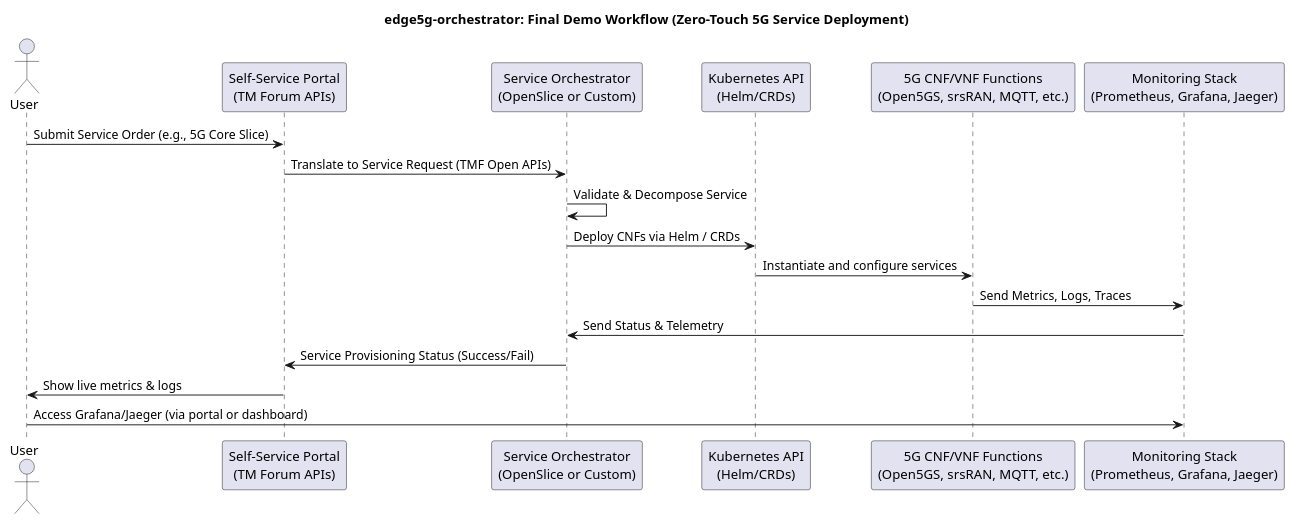
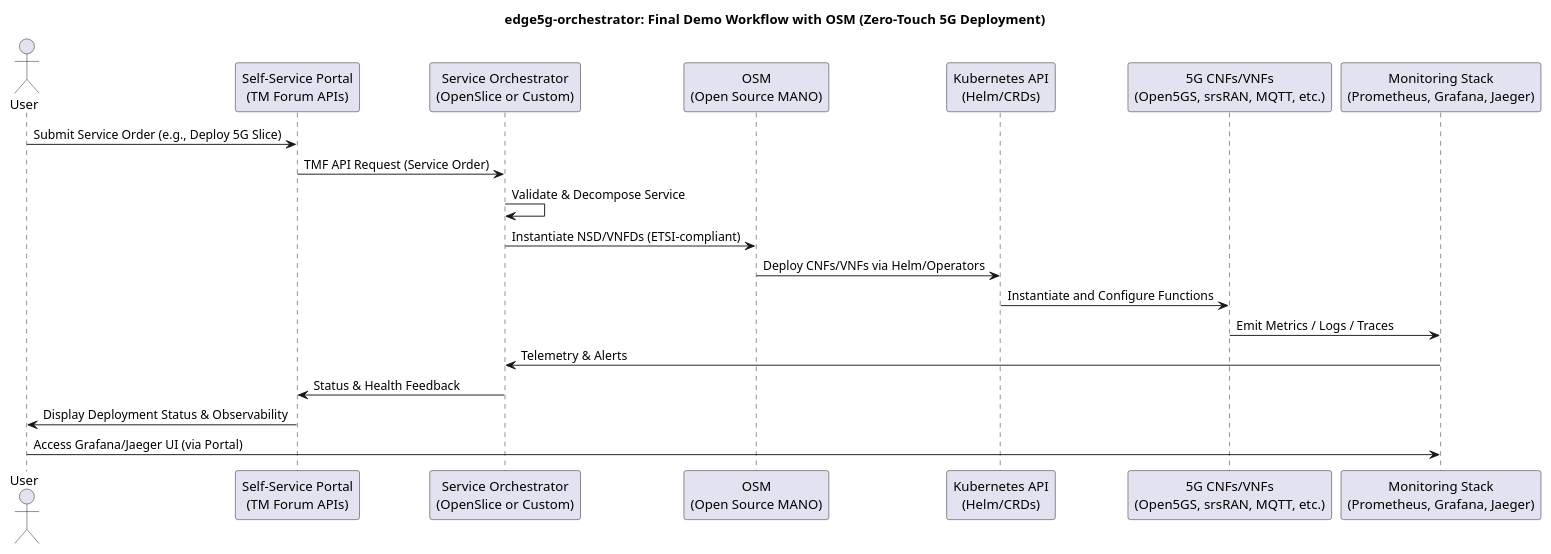
Before and after one commit to Siong23/edge5g-orchestrator: the diagram in demo/workflow.puml, drawn with PlantUML.

```diff
--- a/demo/workflow.puml
+++ b/demo/workflow.puml
@@ -1,24 +1,26 @@
 @startuml
-title edge5g-orchestrator: Final Demo Workflow (Zero-Touch 5G Service Deployment)
+title edge5g-orchestrator: Final Demo Workflow with OSM (Zero-Touch 5G Deployment)
 
 actor User
 participant "Self-Service Portal\n(TM Forum APIs)" as Portal
 participant "Service Orchestrator\n(OpenSlice or Custom)" as Orchestrator
+participant "OSM\n(Open Source MANO)" as OSM
 participant "Kubernetes API\n(Helm/CRDs)" as K8s
-participant "5G CNF/VNF Functions\n(Open5GS, srsRAN, MQTT, etc.)" as CNFs
+participant "5G CNFs/VNFs\n(Open5GS, srsRAN, MQTT, etc.)" as CNFs
 participant "Monitoring Stack\n(Prometheus, Grafana, Jaeger)" as Monitoring
 
-User -> Portal: Submit Service Order (e.g., 5G Core Slice)
-Portal -> Orchestrator: Translate to Service Request (TMF Open APIs)
+User -> Portal: Submit Service Order (e.g., Deploy 5G Slice)
+Portal -> Orchestrator: TMF API Request (Service Order)
 Orchestrator -> Orchestrator: Validate & Decompose Service
-Orchestrator -> K8s: Deploy CNFs via Helm / CRDs
-K8s -> CNFs: Instantiate and configure services
-CNFs -> Monitoring: Send Metrics, Logs, Traces
+Orchestrator -> OSM: Instantiate NSD/VNFDs (ETSI-compliant)
+OSM -> K8s: Deploy CNFs/VNFs via Helm/Operators
+K8s -> CNFs: Instantiate and Configure Functions
+CNFs -> Monitoring: Emit Metrics / Logs / Traces
 
-Monitoring -> Orchestrator: Send Status & Telemetry
-Orchestrator -> Portal: Service Provisioning Status (Success/Fail)
-Portal -> User: Show live metrics & logs
+Monitoring -> Orchestrator: Telemetry & Alerts
+Orchestrator -> Portal: Status & Health Feedback
+Portal -> User: Display Deployment Status & Observability
 
-User -> Monitoring: Access Grafana/Jaeger (via portal or dashboard)
+User -> Monitoring: Access Grafana/Jaeger UI (via Portal)
 
 @enduml
```
